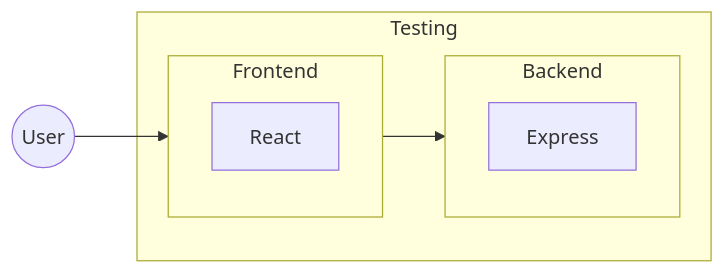
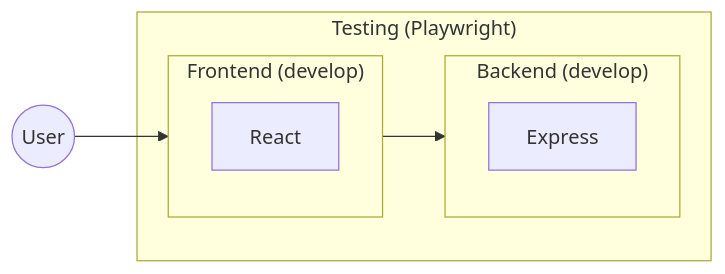
The second of 3 diagrams in Readme.md (OfficialApurvChatur/POC01-ReactNodeSetup), drawn with Mermaid before and after one commit. The commit also changed other lines of this file and 9 other files, not shown here.

````diff
--- a/Readme.md
+++ b/Readme.md
@@ -19,17 +21,17 @@
 ```mermaid
   flowchart LR
     User(("User"))
-    
-    subgraph Testing["Testing"]
-      subgraph Frontend["Frontend"]
+
+    subgraph Testing["Testing (Playwright)"]
+      subgraph Frontend["Frontend (develop)"]
         React["React"]
       end
 
-      subgraph Backend["Backend"]
+      subgraph Backend["Backend (develop)"]
         Express["Express"]
       end
     end
 
     User --> Frontend
     Frontend --> Backend
 ```
````
